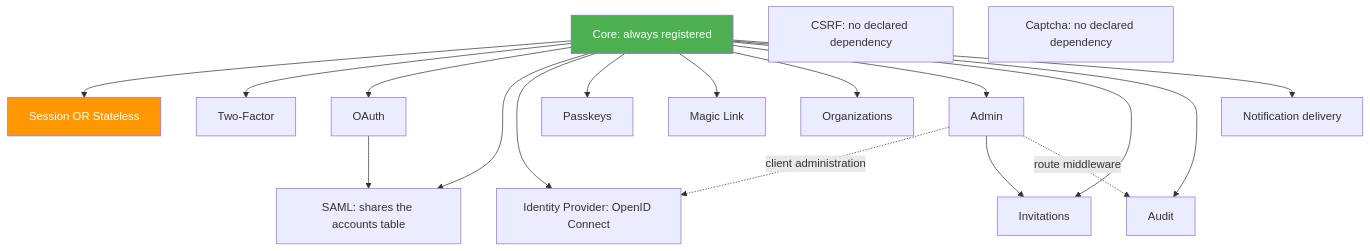
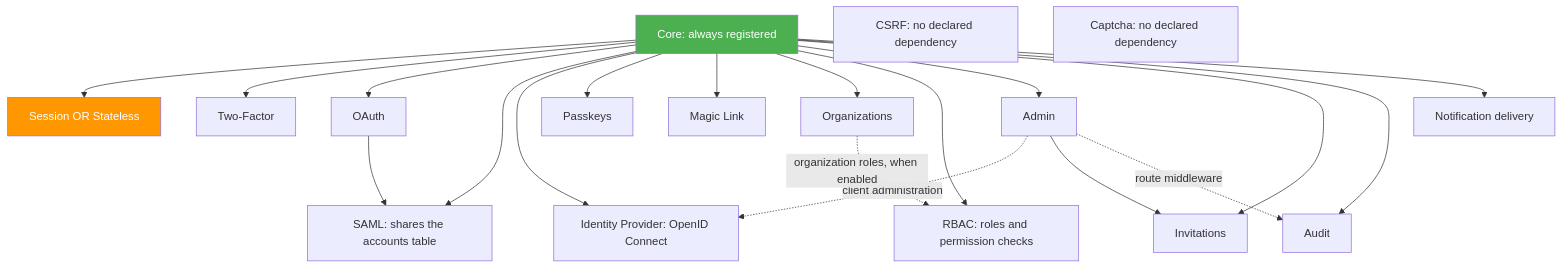
One commit to bete7512/goauth changed the second of 7 diagrams in docs/docs/architecture.md. Above: the diagram before and after it, drawn with Mermaid. The commit also changed other lines of this file and 60 other files, not shown here.

````diff
--- a/docs/docs/architecture.md
+++ b/docs/docs/architecture.md
@@ -85,24 +85,26 @@
 ```mermaid
 graph TD
     Core["Core: always registered"]
     Core --> Session["Session OR Stateless"]
     Core --> TwoFactor["Two-Factor"]
     Core --> OAuth["OAuth"]
     OAuth --> SAML["SAML: shares the accounts table"]
     Core --> SAML
     Core --> IDP["Identity Provider: OpenID Connect"]
     Admin -.->|client administration| IDP
     Core --> Passkeys["Passkeys"]
     Core --> MagicLink["Magic Link"]
     Core --> Organization["Organizations"]
+    Core --> RBAC["RBAC: roles and permission checks"]
+    Organization -.->|organization roles, when enabled| RBAC
     Core --> Admin["Admin"]
     Admin --> Invitation["Invitations"]
     Core --> Invitation
     Core --> Audit["Audit"]
     Admin -.->|route middleware| Audit
     Core --> Notification["Notification delivery"]
     CSRF["CSRF: no declared dependency"]
     Captcha["Captcha: no declared dependency"]
     style Core fill:#4CAF50,color:#fff
     style Session fill:#FF9800,color:#fff
 ```
````
